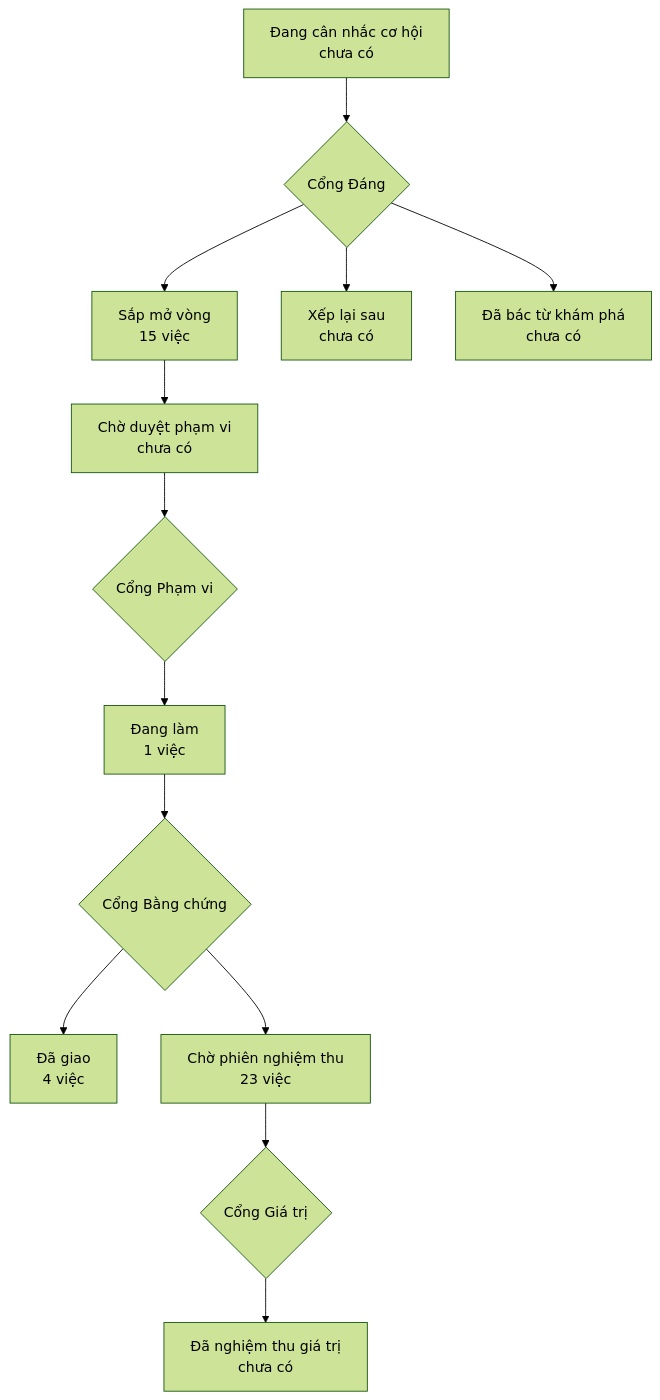
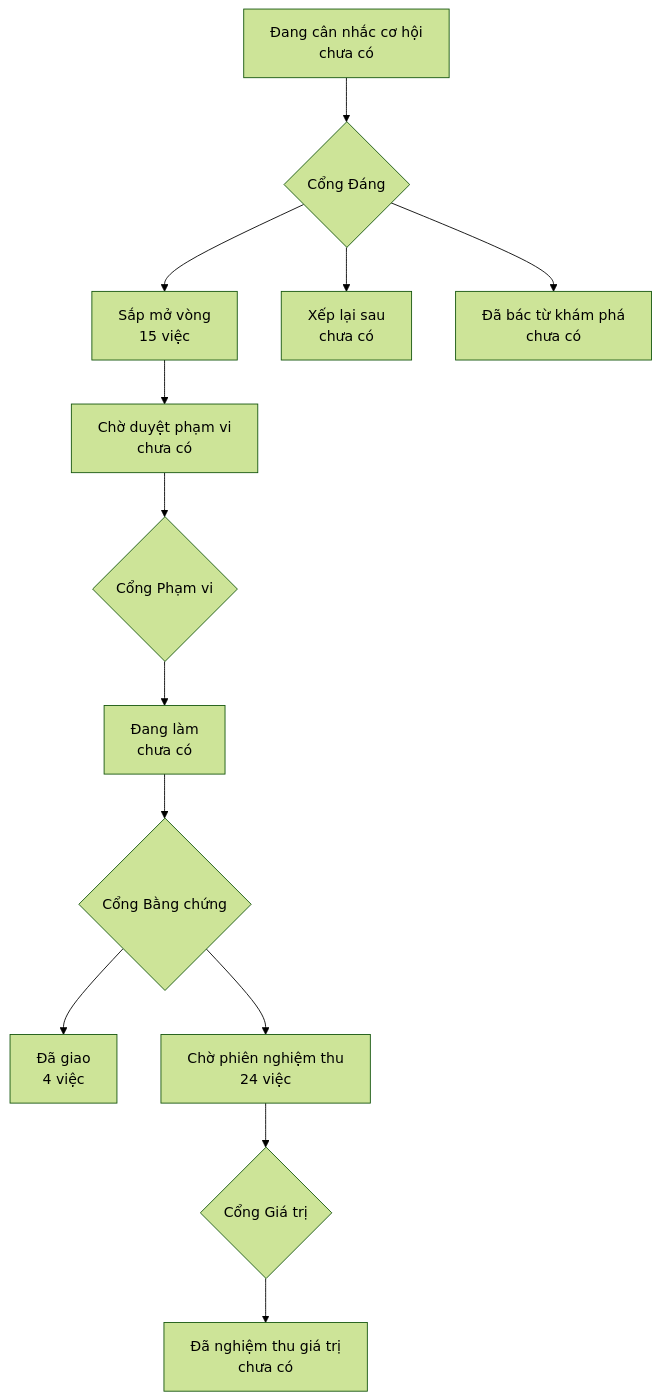
Before and after one commit to phanlemanh/onehub-quy-hang: the diagram in PRODUCT-MAP.md, drawn with Mermaid (forest theme). The commit also changed other lines of this file and 4 other files, not shown here.

````diff
--- a/PRODUCT-MAP.md
+++ b/PRODUCT-MAP.md
@@ -7,12 +7,12 @@
 ```mermaid
 flowchart TD
   A["Đang cân nhắc cơ hội<br/>chưa có"] --> GD{"Cổng Đáng"}
   GD --> B["Sắp mở vòng<br/>15 việc"]
   GD --> XL["Xếp lại sau<br/>chưa có"]
   GD --> DB["Đã bác từ khám phá<br/>chưa có"]
   B --> CD["Chờ duyệt phạm vi<br/>chưa có"] --> GP{"Cổng Phạm vi"}
-  GP --> DL["Đang làm<br/>1 việc"] --> GB{"Cổng Bằng chứng"}
+  GP --> DL["Đang làm<br/>chưa có"] --> GB{"Cổng Bằng chứng"}
   GB --> DG["Đã giao<br/>4 việc"]
-  GB --> CN["Chờ phiên nghiệm thu<br/>23 việc"] --> GG{"Cổng Giá trị"}
+  GB --> CN["Chờ phiên nghiệm thu<br/>24 việc"] --> GG{"Cổng Giá trị"}
   GG --> NT["Đã nghiệm thu giá trị<br/>chưa có"]
 ```
````
